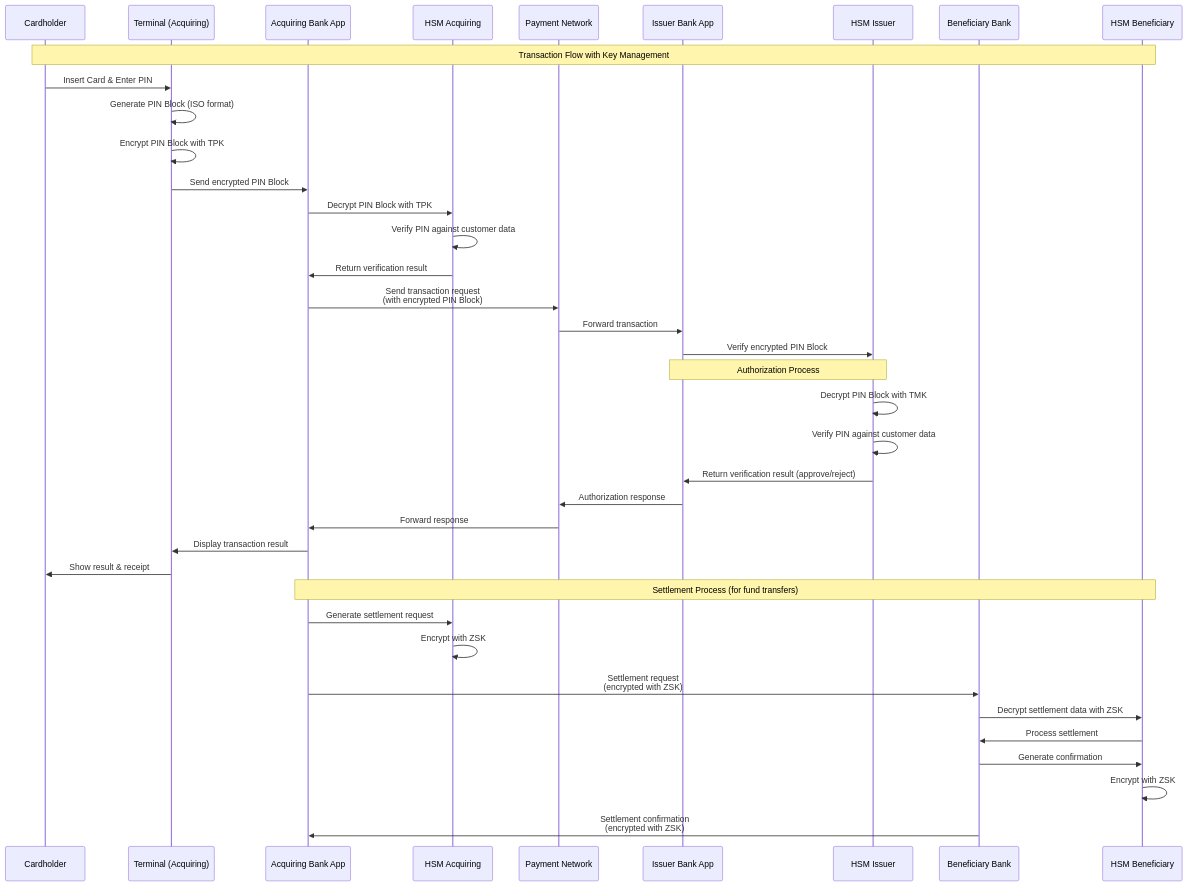
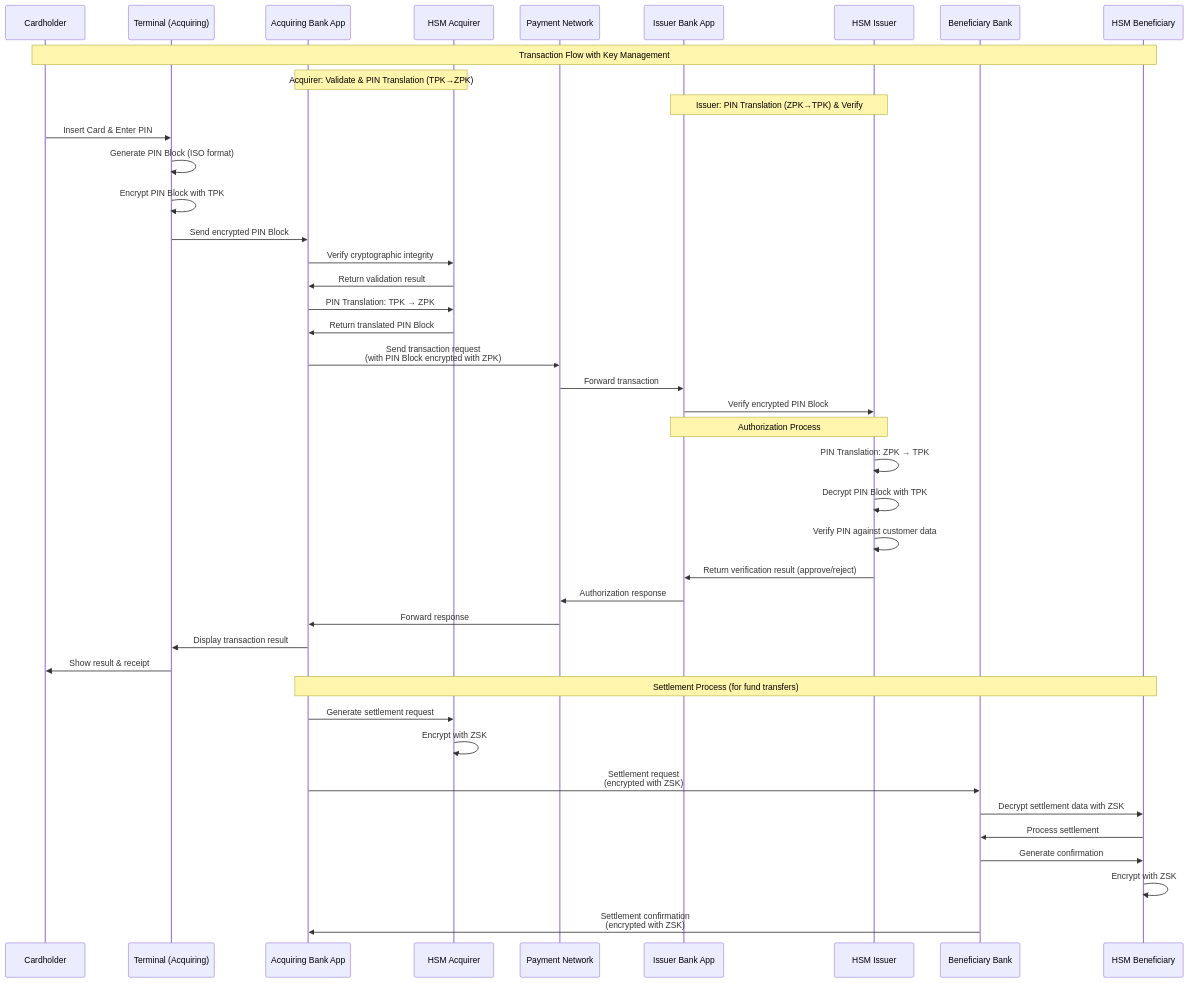
The second of 2 diagrams in README.md (artivisi/hsm-simulator), drawn with Mermaid before and after one commit. The commit also changed other lines of this file, not shown here.

Commit message:
Add PIN Translation to banking system architecture documentation
- Update sequence diagram to show PIN Translation process (TPK↔ZPK)
- Correct acquirer role: validate integrity and perform PIN Translation
- Fix issuer process: PIN Translation (ZPK→TPK) before verification
- Add PIN Translation features to HSM capabilities section
- Update TPK usage explanation for inter-bank communication
- Enhance security transaction flow with PIN Translation steps
- Add key conversion process for inter-bank PIN data transfer
- Include PIN Translation in security principles and key hierarchy

🤖 Generated with [Claude Code](https://claude.ai/code)

````diff
--- a/README.md
+++ b/README.md
@@ -117,45 +117,49 @@
 ```mermaid
 sequenceDiagram
     participant C as Cardholder
     participant T as Terminal (Acquiring)
     participant AB as Acquiring Bank App
-    participant AB_HSM as HSM Acquiring
+    participant AB_HSM as HSM Acquirer
     participant NW as Payment Network
     participant IB as Issuer Bank App
     participant IB_HSM as HSM Issuer
     participant BB as Beneficiary Bank
     participant BB_HSM as HSM Beneficiary
 
     Note over C,BB_HSM: Transaction Flow with Key Management
+    Note over AB,AB_HSM: Acquirer: Validate & PIN Translation (TPK→ZPK)
+    Note over IB,IB_HSM: Issuer: PIN Translation (ZPK→TPK) & Verify
 
     C->>T: Insert Card & Enter PIN
     T->>T: Generate PIN Block (ISO format)
     T->>T: Encrypt PIN Block with TPK
     T->>AB: Send encrypted PIN Block
-    AB->>AB_HSM: Decrypt PIN Block with TPK
-    AB_HSM->>AB_HSM: Verify PIN against customer data
-    AB_HSM->>AB: Return verification result
-    AB->>NW: Send transaction request<br/>(with encrypted PIN Block)
+    AB->>AB_HSM: Verify cryptographic integrity
+    AB_HSM->>AB: Return validation result
+    AB->>AB_HSM: PIN Translation: TPK → ZPK
+    AB_HSM->>AB: Return translated PIN Block
+    AB->>NW: Send transaction request<br/>(with PIN Block encrypted with ZPK)
 
     NW->>IB: Forward transaction
     IB->>IB_HSM: Verify encrypted PIN Block
     Note over IB,IB_HSM: Authorization Process
-    IB_HSM->>IB_HSM: Decrypt PIN Block with TMK
+    IB_HSM->>IB_HSM: PIN Translation: ZPK → TPK
+    IB_HSM->>IB_HSM: Decrypt PIN Block with TPK
     IB_HSM->>IB_HSM: Verify PIN against customer data
     IB_HSM->>IB: Return verification result (approve/reject)
     IB->>NW: Authorization response
 
     NW->>AB: Forward response
     AB->>T: Display transaction result
     T->>C: Show result & receipt
 
     Note over AB,BB_HSM: Settlement Process (for fund transfers)
     AB->>AB_HSM: Generate settlement request
     AB_HSM->>AB_HSM: Encrypt with ZSK
     AB->>BB: Settlement request<br/>(encrypted with ZSK)
     BB->>BB_HSM: Decrypt settlement data with ZSK
     BB_HSM->>BB: Process settlement
     BB->>BB_HSM: Generate confirmation
     BB_HSM->>BB_HSM: Encrypt with ZSK
     BB->>AB: Settlement confirmation<br/>(encrypted with ZSK)
 ```
````
